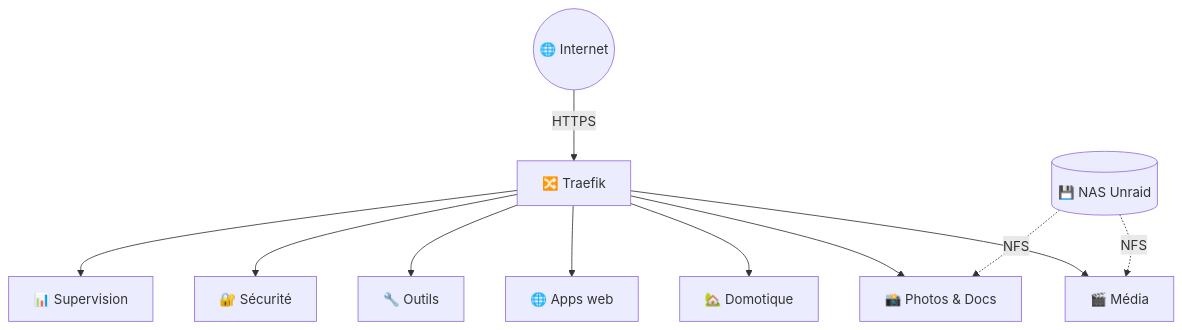
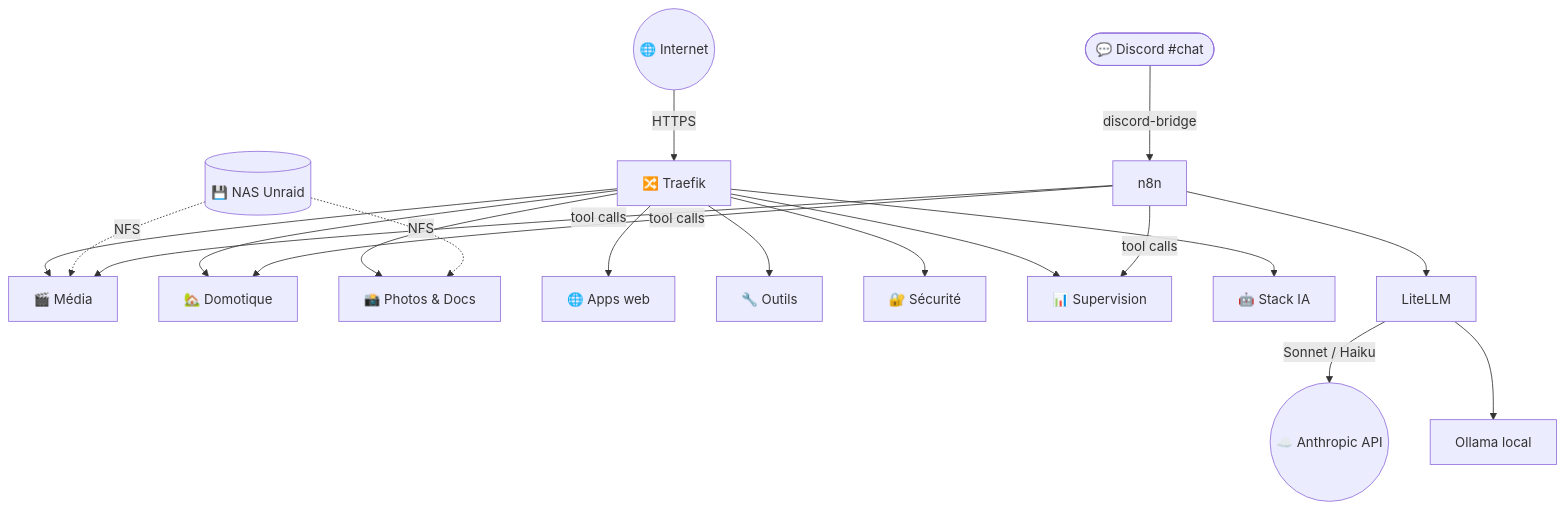
One commit to Wifsimster/docker-setup changed the first of 7 diagrams in README.md. Above: the diagram before and after it, drawn with Mermaid. The commit also changed other lines of this file and 1 other file, not shown here.

First line of the commit message:
docs: update README and report to v12 — single #chat canal, unified agent with 20 tools

````diff
--- a/README.md
+++ b/README.md
@@ -25,14 +26,23 @@
 ```mermaid
 graph TB
     Internet((🌐 Internet)) -->|HTTPS| Traefik[🔀 Traefik]
     Traefik --> Media[🎬 Média]
     Traefik --> Home[🏡 Domotique]
     Traefik --> Photos[📸 Photos & Docs]
     Traefik --> Apps[🌐 Apps web]
     Traefik --> Tools[🔧 Outils]
     Traefik --> Sec[🔐 Sécurité]
     Traefik --> Ops[📊 Supervision]
+    Traefik --> AI[🤖 Stack IA]
 
     NAS[(💾 NAS Unraid)] -.->|NFS| Media
     NAS -.->|NFS| Photos
+
+    Discord([💬 Discord #chat]) -->|discord-bridge| n8n
+    n8n --> LiteLLM[LiteLLM]
+    n8n -->|tool calls| Media
+    n8n -->|tool calls| Home
+    n8n -->|tool calls| Ops
+    LiteLLM -->|Sonnet / Haiku| Anthropic((☁️ Anthropic API))
+    LiteLLM --> Ollama[Ollama local]
 ```
````
